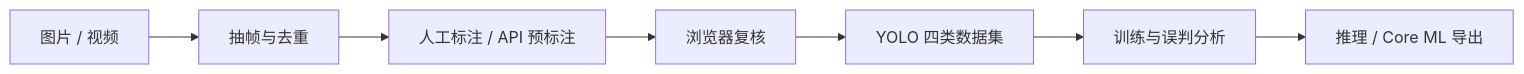
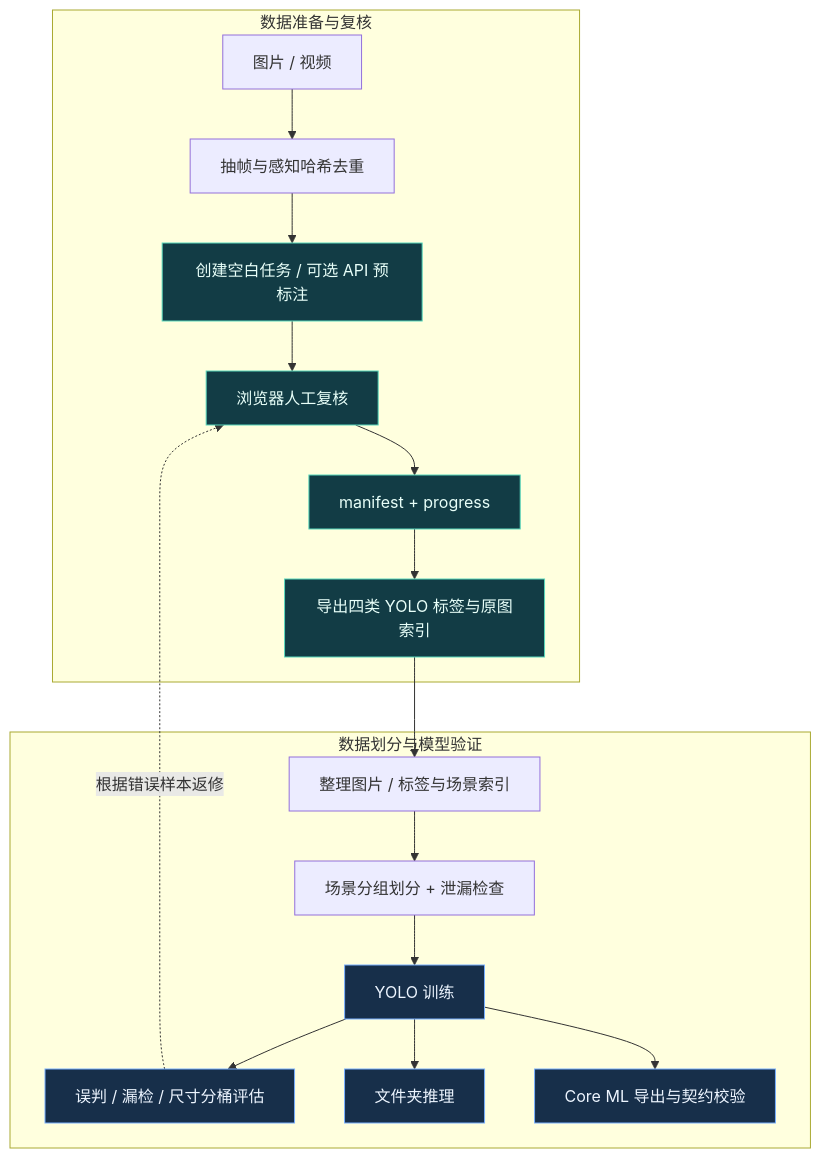
The diagram in README.md (utenkkekou/PTL-Detect), drawn with Mermaid before and after one commit. The commit also changed other lines of this file and 5 other files, not shown here.

````diff
--- a/README.md
+++ b/README.md
@@ -14,9 +30,23 @@
 ```mermaid
-flowchart LR
-    A[图片 / 视频] --> B[抽帧与去重]
-    B --> C[人工标注 / API 预标注]
-    C --> D[浏览器复核]
-    D --> E[YOLO 四类数据集]
-    E --> F[训练与误判分析]
-    F --> G[推理 / Core ML 导出]
+flowchart TB
+    subgraph DATA[数据准备与复核]
+        A[图片 / 视频] --> B[抽帧与感知哈希去重]
+        B --> C[创建空白任务 / 可选 API 预标注]
+        C --> D[浏览器人工复核]
+        D --> E[manifest + progress]
+        E --> F[导出四类 YOLO 标签与原图索引]
+    end
+    subgraph MODEL[数据划分与模型验证]
+        F --> G[整理图片 / 标签与场景索引]
+        G --> H[场景分组划分 + 泄漏检查]
+        H --> I[YOLO 训练]
+        I --> J[误判 / 漏检 / 尺寸分桶评估]
+        I --> K[文件夹推理]
+        I --> L[Core ML 导出与契约校验]
+    end
+    J -. 根据错误样本返修 .-> D
+    classDef review fill:#123c45,stroke:#58d8bc,color:#e8fff9
+    classDef model fill:#172f4a,stroke:#78afff,color:#edf5ff
+    class C,D,E,F review
+    class I,J,K,L model
 ```
````
